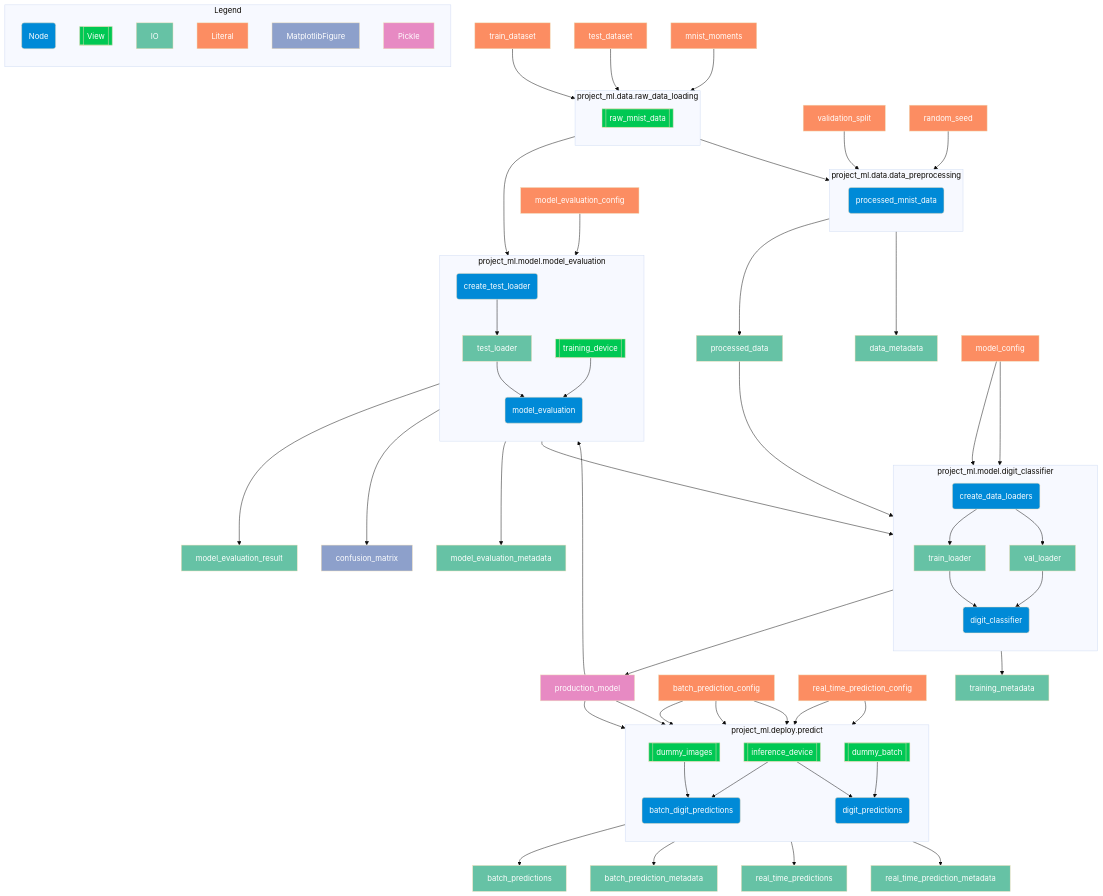
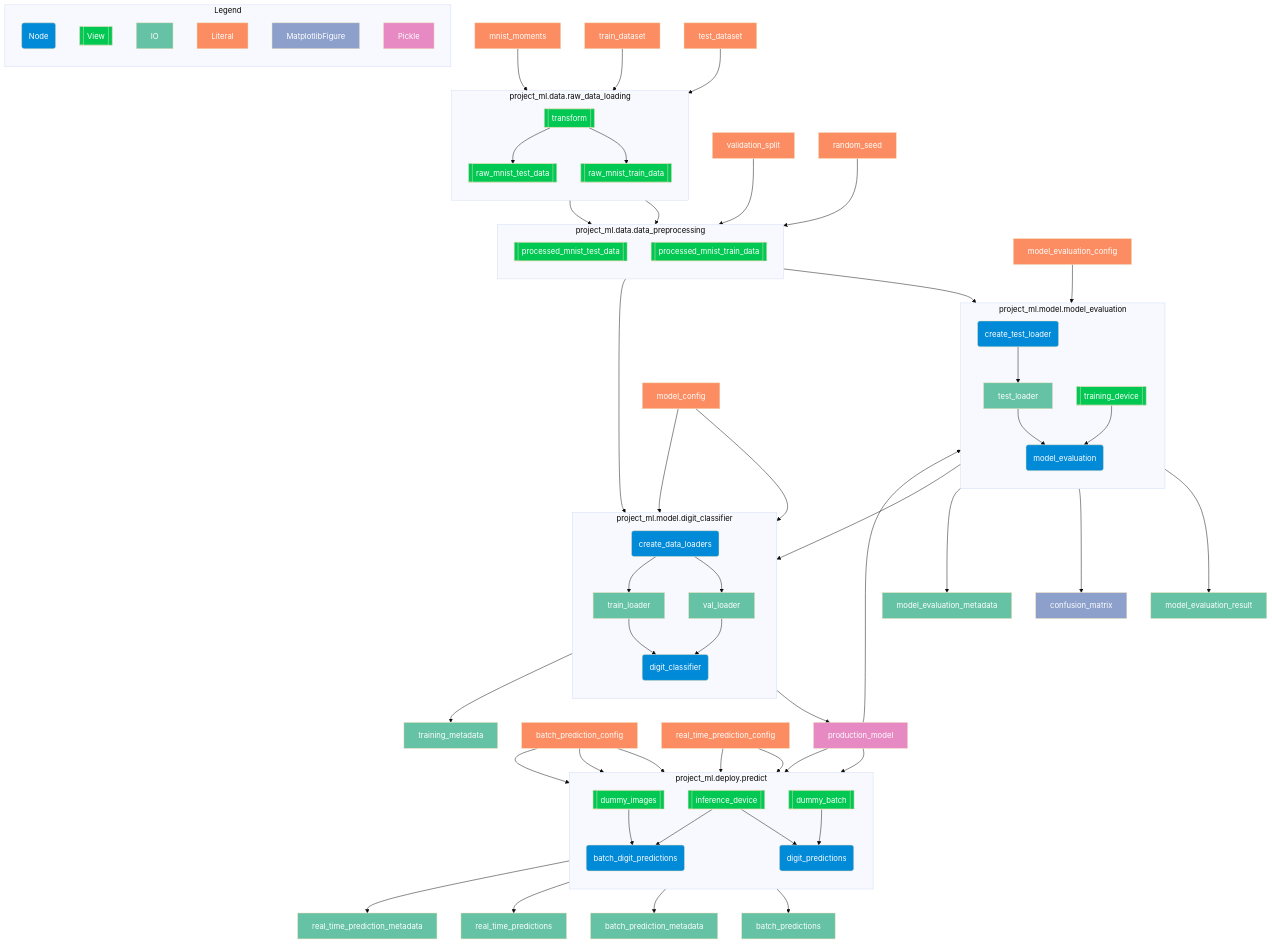
Before and after one commit to ing-bank/ordeq: the diagram in examples/project-ml/pipeline_diagram.mermaid, drawn with Mermaid (base theme). The commit also changed 5 other files, not shown here.

Commit message:
split train from test

```diff
--- a/examples/project-ml/pipeline_diagram.mermaid
+++ b/examples/project-ml/pipeline_diagram.mermaid
@@ -1,118 +1,120 @@
 graph TB
 	subgraph legend["Legend"]
 		direction TB
 		L0@{shape: rounded, label: "Node"}
 		L2@{shape: subroutine, label: "View"}
 		L00@{shape: rect, label: "IO"}
 		L01@{shape: rect, label: "Literal"}
 		L02@{shape: rect, label: "MatplotlibFigure"}
 		L03@{shape: rect, label: "Pickle"}
 	end
 
-	project_ml.data.raw_data_loading:raw_mnist_data --> project_ml.data.data_preprocessing:processed_mnist_data
-	IO0 --> project_ml.data.data_preprocessing:processed_mnist_data
-	IO1 --> project_ml.data.data_preprocessing:processed_mnist_data
-	project_ml.data.data_preprocessing:processed_mnist_data --> IO2
-	project_ml.data.data_preprocessing:processed_mnist_data --> IO3
-	IO4 --> project_ml.data.raw_data_loading:raw_mnist_data
-	IO5 --> project_ml.data.raw_data_loading:raw_mnist_data
-	IO6 --> project_ml.data.raw_data_loading:raw_mnist_data
+	project_ml.data.raw_data_loading:raw_mnist_test_data --> project_ml.data.data_preprocessing:processed_mnist_test_data
+	project_ml.data.raw_data_loading:raw_mnist_train_data --> project_ml.data.data_preprocessing:processed_mnist_train_data
+	IO0 --> project_ml.data.data_preprocessing:processed_mnist_train_data
+	IO1 --> project_ml.data.data_preprocessing:processed_mnist_train_data
+	IO2 --> project_ml.data.raw_data_loading:raw_mnist_test_data
+	project_ml.data.raw_data_loading:transform --> project_ml.data.raw_data_loading:raw_mnist_test_data
+	IO3 --> project_ml.data.raw_data_loading:raw_mnist_train_data
+	project_ml.data.raw_data_loading:transform --> project_ml.data.raw_data_loading:raw_mnist_train_data
+	IO4 --> project_ml.data.raw_data_loading:transform
 	project_ml.deploy.predict:dummy_images --> project_ml.deploy.predict:batch_digit_predictions
-	IO7 --> project_ml.deploy.predict:batch_digit_predictions
-	IO8 --> project_ml.deploy.predict:batch_digit_predictions
+	IO5 --> project_ml.deploy.predict:batch_digit_predictions
+	IO6 --> project_ml.deploy.predict:batch_digit_predictions
 	project_ml.deploy.predict:inference_device --> project_ml.deploy.predict:batch_digit_predictions
-	project_ml.deploy.predict:batch_digit_predictions --> IO9
-	project_ml.deploy.predict:batch_digit_predictions --> IO10
+	project_ml.deploy.predict:batch_digit_predictions --> IO7
+	project_ml.deploy.predict:batch_digit_predictions --> IO8
 	project_ml.deploy.predict:dummy_batch --> project_ml.deploy.predict:digit_predictions
-	IO7 --> project_ml.deploy.predict:digit_predictions
-	IO11 --> project_ml.deploy.predict:digit_predictions
+	IO5 --> project_ml.deploy.predict:digit_predictions
+	IO9 --> project_ml.deploy.predict:digit_predictions
 	project_ml.deploy.predict:inference_device --> project_ml.deploy.predict:digit_predictions
-	project_ml.deploy.predict:digit_predictions --> IO12
-	project_ml.deploy.predict:digit_predictions --> IO13
-	IO11 --> project_ml.deploy.predict:dummy_batch
-	IO8 --> project_ml.deploy.predict:dummy_images
-	IO8 --> project_ml.deploy.predict:inference_device
-	IO2 --> project_ml.model.digit_classifier:create_data_loaders
-	IO14 --> project_ml.model.digit_classifier:create_data_loaders
-	project_ml.model.digit_classifier:create_data_loaders --> IO15
-	project_ml.model.digit_classifier:create_data_loaders --> IO16
-	IO15 --> project_ml.model.digit_classifier:digit_classifier
-	IO16 --> project_ml.model.digit_classifier:digit_classifier
+	project_ml.deploy.predict:digit_predictions --> IO10
+	project_ml.deploy.predict:digit_predictions --> IO11
+	IO9 --> project_ml.deploy.predict:dummy_batch
+	IO6 --> project_ml.deploy.predict:dummy_images
+	IO6 --> project_ml.deploy.predict:inference_device
+	project_ml.data.data_preprocessing:processed_mnist_train_data --> project_ml.model.digit_classifier:create_data_loaders
+	IO12 --> project_ml.model.digit_classifier:create_data_loaders
+	project_ml.model.digit_classifier:create_data_loaders --> IO13
+	project_ml.model.digit_classifier:create_data_loaders --> IO14
+	IO13 --> project_ml.model.digit_classifier:digit_classifier
 	IO14 --> project_ml.model.digit_classifier:digit_classifier
+	IO12 --> project_ml.model.digit_classifier:digit_classifier
 	project_ml.model.model_evaluation:training_device --> project_ml.model.digit_classifier:digit_classifier
-	project_ml.model.digit_classifier:digit_classifier --> IO7
-	project_ml.model.digit_classifier:digit_classifier --> IO17
-	project_ml.data.raw_data_loading:raw_mnist_data --> project_ml.model.model_evaluation:create_test_loader
-	IO18 --> project_ml.model.model_evaluation:create_test_loader
-	project_ml.model.model_evaluation:create_test_loader --> IO19
-	IO7 --> project_ml.model.model_evaluation:model_evaluation
-	IO19 --> project_ml.model.model_evaluation:model_evaluation
+	project_ml.model.digit_classifier:digit_classifier --> IO5
+	project_ml.model.digit_classifier:digit_classifier --> IO15
+	project_ml.data.data_preprocessing:processed_mnist_test_data --> project_ml.model.model_evaluation:create_test_loader
+	IO16 --> project_ml.model.model_evaluation:create_test_loader
+	project_ml.model.model_evaluation:create_test_loader --> IO17
+	IO5 --> project_ml.model.model_evaluation:model_evaluation
+	IO17 --> project_ml.model.model_evaluation:model_evaluation
 	project_ml.model.model_evaluation:training_device --> project_ml.model.model_evaluation:model_evaluation
+	project_ml.model.model_evaluation:model_evaluation --> IO18
+	project_ml.model.model_evaluation:model_evaluation --> IO19
 	project_ml.model.model_evaluation:model_evaluation --> IO20
-	project_ml.model.model_evaluation:model_evaluation --> IO21
-	project_ml.model.model_evaluation:model_evaluation --> IO22
 
 	subgraph s0["project_ml.data.data_preprocessing"]
 		direction TB
-		project_ml.data.data_preprocessing:processed_mnist_data@{shape: rounded, label: "processed_mnist_data"}
+		project_ml.data.data_preprocessing:processed_mnist_test_data@{shape: subroutine, label: "processed_mnist_test_data"}
+		project_ml.data.data_preprocessing:processed_mnist_train_data@{shape: subroutine, label: "processed_mnist_train_data"}
 	end
 	subgraph s1["project_ml.data.raw_data_loading"]
 		direction TB
-		project_ml.data.raw_data_loading:raw_mnist_data@{shape: subroutine, label: "raw_mnist_data"}
+		project_ml.data.raw_data_loading:raw_mnist_test_data@{shape: subroutine, label: "raw_mnist_test_data"}
+		project_ml.data.raw_data_loading:raw_mnist_train_data@{shape: subroutine, label: "raw_mnist_train_data"}
+		project_ml.data.raw_data_loading:transform@{shape: subroutine, label: "transform"}
 	end
 	subgraph s2["project_ml.deploy.predict"]
 		direction TB
 		project_ml.deploy.predict:batch_digit_predictions@{shape: rounded, label: "batch_digit_predictions"}
 		project_ml.deploy.predict:digit_predictions@{shape: rounded, label: "digit_predictions"}
 		project_ml.deploy.predict:dummy_batch@{shape: subroutine, label: "dummy_batch"}
 		project_ml.deploy.predict:dummy_images@{shape: subroutine, label: "dummy_images"}
 		project_ml.deploy.predict:inference_device@{shape: subroutine, label: "inference_device"}
 	end
 	subgraph s3["project_ml.model.digit_classifier"]
 		direction TB
 		project_ml.model.digit_classifier:create_data_loaders@{shape: rounded, label: "create_data_loaders"}
 		project_ml.model.digit_classifier:digit_classifier@{shape: rounded, label: "digit_classifier"}
-		IO15@{shape: rect, label: "train_loader"}
-		IO16@{shape: rect, label: "val_loader"}
+		IO13@{shape: rect, label: "train_loader"}
+		IO14@{shape: rect, label: "val_loader"}
 	end
 	subgraph s4["project_ml.model.model_evaluation"]
 		direction TB
 		project_ml.model.model_evaluation:create_test_loader@{shape: rounded, label: "create_test_loader"}
 		project_ml.model.model_evaluation:model_evaluation@{shape: rounded, label: "model_evaluation"}
 		project_ml.model.model_evaluation:training_device@{shape: subroutine, label: "training_device"}
-		IO19@{shape: rect, label: "test_loader"}
+		IO17@{shape: rect, label: "test_loader"}
 	end
 	IO0@{shape: rect, label: "validation_split"}
 	IO1@{shape: rect, label: "random_seed"}
-	IO10@{shape: rect, label: "batch_prediction_metadata"}
-	IO11@{shape: rect, label: "real_time_prediction_config"}
-	IO12@{shape: rect, label: "real_time_predictions"}
-	IO13@{shape: rect, label: "real_time_prediction_metadata"}
-	IO14@{shape: rect, label: "model_config"}
-	IO17@{shape: rect, label: "training_metadata"}
-	IO18@{shape: rect, label: "model_evaluation_config"}
-	IO2@{shape: rect, label: "processed_data"}
-	IO20@{shape: rect, label: "model_evaluation_result"}
-	IO21@{shape: rect, label: "confusion_matrix"}
-	IO22@{shape: rect, label: "model_evaluation_metadata"}
-	IO3@{shape: rect, label: "data_metadata"}
-	IO4@{shape: rect, label: "train_dataset"}
-	IO5@{shape: rect, label: "test_dataset"}
-	IO6@{shape: rect, label: "mnist_moments"}
-	IO7@{shape: rect, label: "production_model"}
-	IO8@{shape: rect, label: "batch_prediction_config"}
-	IO9@{shape: rect, label: "batch_predictions"}
+	IO10@{shape: rect, label: "real_time_predictions"}
+	IO11@{shape: rect, label: "real_time_prediction_metadata"}
+	IO12@{shape: rect, label: "model_config"}
+	IO15@{shape: rect, label: "training_metadata"}
+	IO16@{shape: rect, label: "model_evaluation_config"}
+	IO18@{shape: rect, label: "model_evaluation_result"}
+	IO19@{shape: rect, label: "confusion_matrix"}
+	IO2@{shape: rect, label: "test_dataset"}
+	IO20@{shape: rect, label: "model_evaluation_metadata"}
+	IO3@{shape: rect, label: "train_dataset"}
+	IO4@{shape: rect, label: "mnist_moments"}
+	IO5@{shape: rect, label: "production_model"}
+	IO6@{shape: rect, label: "batch_prediction_config"}
+	IO7@{shape: rect, label: "batch_predictions"}
+	IO8@{shape: rect, label: "batch_prediction_metadata"}
+	IO9@{shape: rect, label: "real_time_prediction_config"}
 
-	class L0,project_ml.data.data_preprocessing:processed_mnist_data,project_ml.deploy.predict:batch_digit_predictions,project_ml.deploy.predict:digit_predictions,project_ml.model.digit_classifier:create_data_loaders,project_ml.model.digit_classifier:digit_classifier,project_ml.model.model_evaluation:create_test_loader,project_ml.model.model_evaluation:model_evaluation node
-	class L2,project_ml.data.raw_data_loading:raw_mnist_data,project_ml.deploy.predict:dummy_batch,project_ml.deploy.predict:dummy_images,project_ml.deploy.predict:inference_device,project_ml.model.model_evaluation:training_device view
-	class L00,IO15,IO16,IO19,IO10,IO12,IO13,IO17,IO2,IO20,IO22,IO3,IO9 io0
-	class L01,IO0,IO1,IO11,IO14,IO18,IO4,IO5,IO6,IO8 io1
-	class L02,IO21 io2
-	class L03,IO7 io3
+	class L0,project_ml.deploy.predict:batch_digit_predictions,project_ml.deploy.predict:digit_predictions,project_ml.model.digit_classifier:create_data_loaders,project_ml.model.digit_classifier:digit_classifier,project_ml.model.model_evaluation:create_test_loader,project_ml.model.model_evaluation:model_evaluation node
+	class L2,project_ml.data.data_preprocessing:processed_mnist_test_data,project_ml.data.data_preprocessing:processed_mnist_train_data,project_ml.data.raw_data_loading:raw_mnist_test_data,project_ml.data.raw_data_loading:raw_mnist_train_data,project_ml.data.raw_data_loading:transform,project_ml.deploy.predict:dummy_batch,project_ml.deploy.predict:dummy_images,project_ml.deploy.predict:inference_device,project_ml.model.model_evaluation:training_device view
+	class L00,IO13,IO14,IO17,IO10,IO11,IO15,IO18,IO20,IO7,IO8 io0
+	class L01,IO0,IO1,IO12,IO16,IO2,IO3,IO4,IO6,IO9 io1
+	class L02,IO19 io2
+	class L03,IO5 io3
 	classDef node fill:#008AD7,color:#FFF
 	classDef io fill:#FFD43B
 	classDef view fill:#00C853,color:#FFF
 	classDef io0 fill:#66c2a5
 	classDef io1 fill:#fc8d62
 	classDef io2 fill:#8da0cb
 	classDef io3 fill:#e78ac3
```
